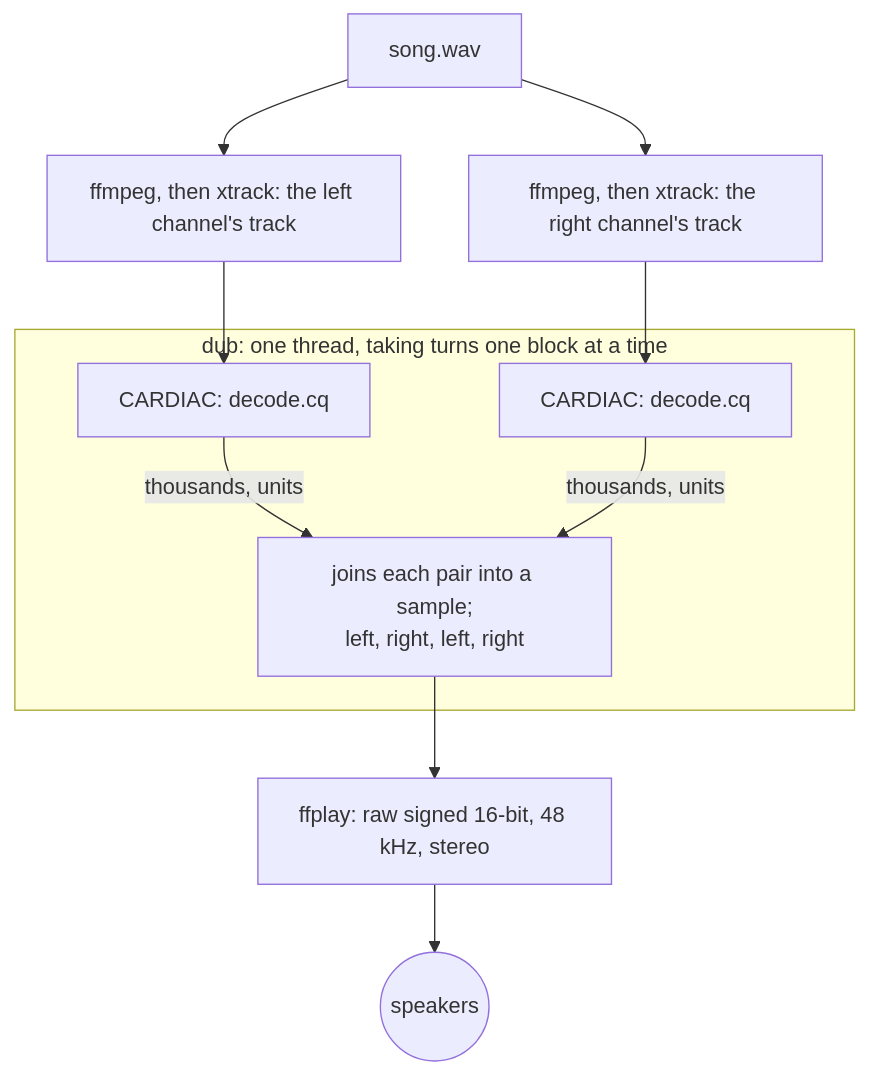
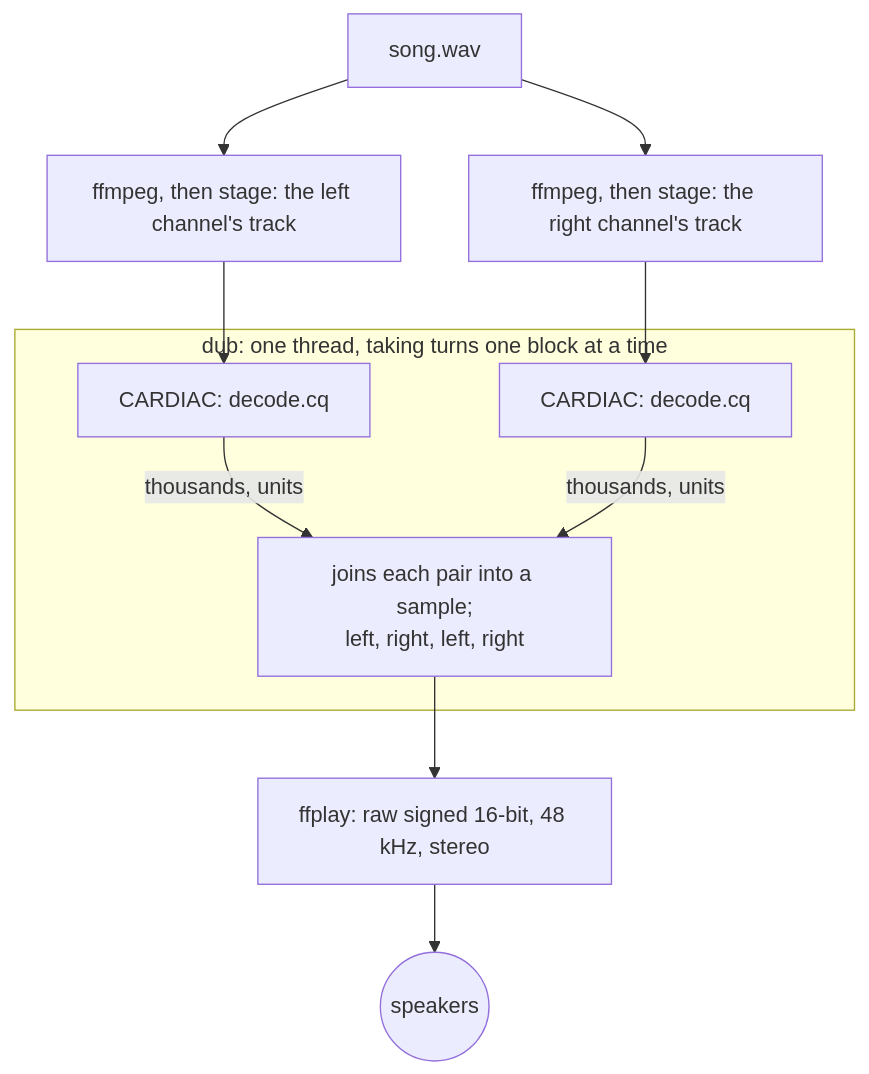
The fourth of 4 diagrams in docs/AUDIO.md (StrangeQuery/lubdub), drawn with Mermaid before and after one commit. The commit also changed other lines of this file and 8 other files, not shown here.

First line of the commit message:
Rename the encoder xtrack to stage; lub, dub and stage each get a folder

````diff
--- a/docs/AUDIO.md
+++ b/docs/AUDIO.md
@@ -715,15 +715,15 @@
 ```mermaid
 flowchart TD
-  A["song.wav"] --> PL["ffmpeg, then xtrack: the left channel's track"]
-  A --> PR["ffmpeg, then xtrack: the right channel's track"]
+  A["song.wav"] --> PL["ffmpeg, then stage: the left channel's track"]
+  A --> PR["ffmpeg, then stage: the right channel's track"]
   subgraph dub ["dub: one thread, taking turns one block at a time"]
     CL["CARDIAC: decode.cq"]
     CR["CARDIAC: decode.cq"]
     J["joins each pair into a sample;<br/>left, right, left, right"]
   end
   PL --> CL
   PR --> CR
   CL -- "thousands, units" --> J
   CR -- "thousands, units" --> J
   J --> FF["ffplay: raw signed 16-bit, 48 kHz, stereo"] --> SP(("speakers"))
 ```
````
